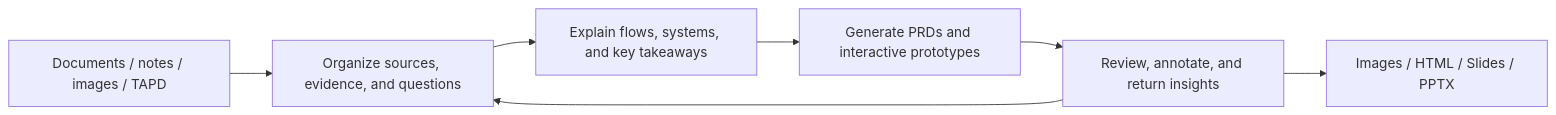
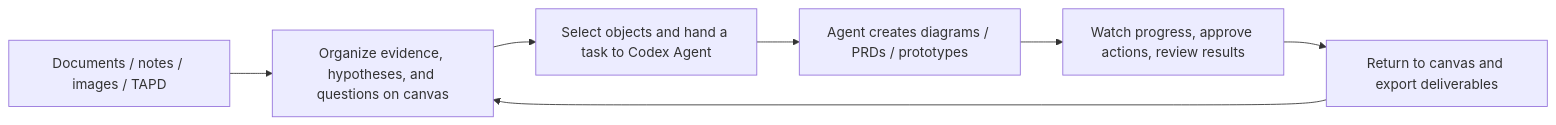
Before and after one commit to suud003/Cowart: the diagram in README.en.md, drawn with Mermaid. The commit also changed other lines of this file and 42 other files, not shown here.

````diff
--- a/README.en.md
+++ b/README.en.md
@@ -29,9 +31,9 @@
 ```mermaid
 flowchart LR
-  A["Documents / notes / images / TAPD"] --> B["Organize sources, evidence, and questions"]
-  B --> C["Explain flows, systems, and key takeaways"]
-  C --> D["Generate PRDs and interactive prototypes"]
-  D --> E["Review, annotate, and return insights"]
-  E --> F["Images / HTML / Slides / PPTX"]
-  E --> B
+  A["Documents / notes / images / TAPD"] --> B["Organize evidence, hypotheses, and questions on canvas"]
+  B --> C["Select objects and hand a task to Codex Agent"]
+  C --> D["Agent creates diagrams / PRDs / prototypes"]
+  D --> E["Watch progress, approve actions, review results"]
+  E --> F["Return to canvas and export deliverables"]
+  F --> B
 ```
````
